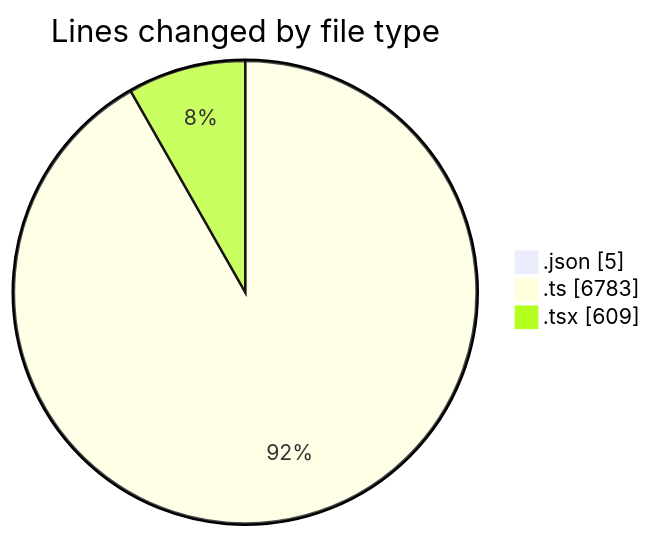
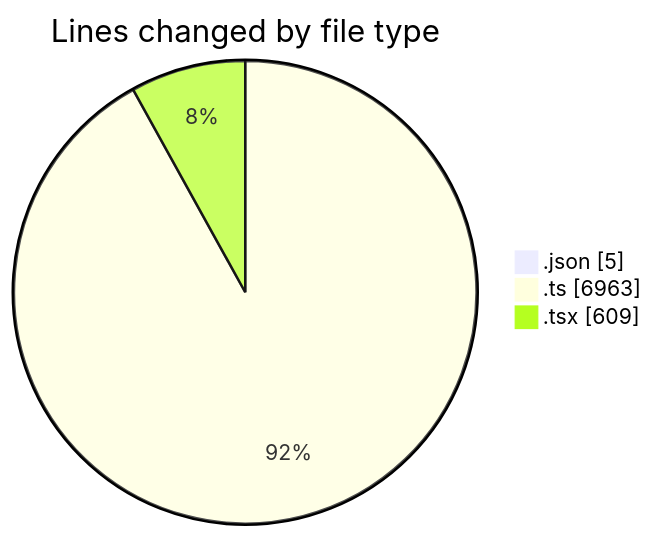
The first of 2 diagrams in 2025-05-09/ecodeli/README.md (CELIANVF/code-tracking), drawn with Mermaid before and after one commit. The commit also changed other lines of this file and 1 other file, not shown here.

````diff
--- a/2025-05-09/ecodeli/README.md
+++ b/2025-05-09/ecodeli/README.md
@@ -29,7 +29,7 @@
 ```mermaid
 pie showData
 title Lines changed by file type
 ".json" : 5
-".ts" : 6783
+".ts" : 6963
 ".tsx" : 609
 ```
````
